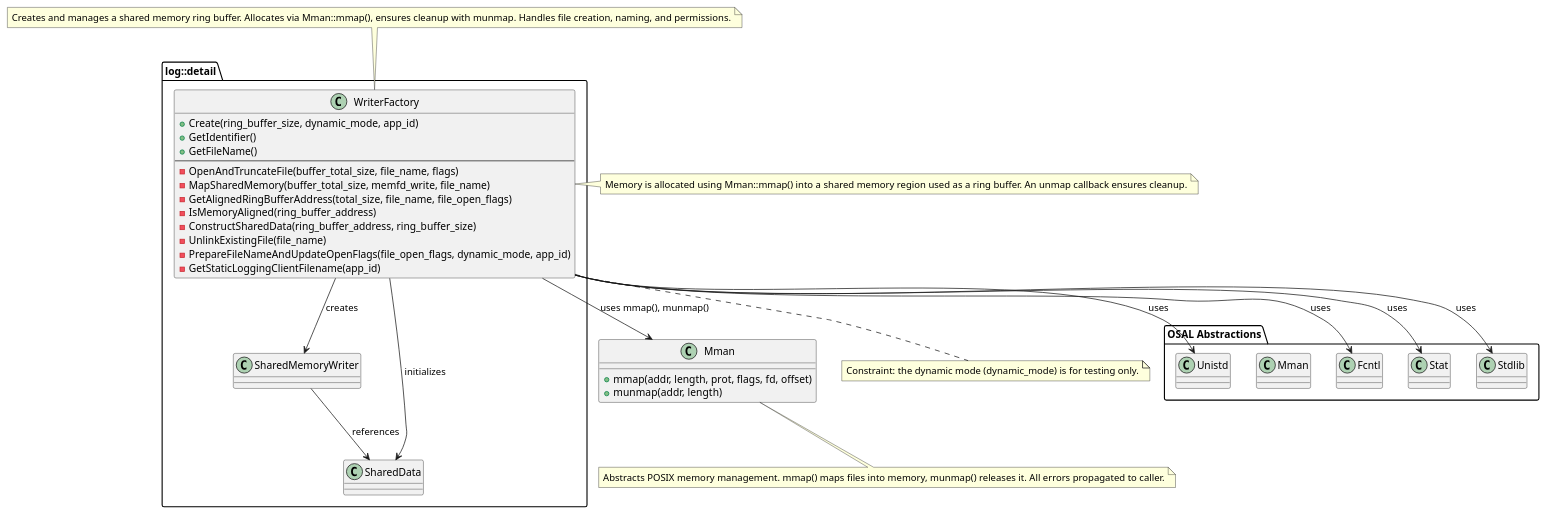
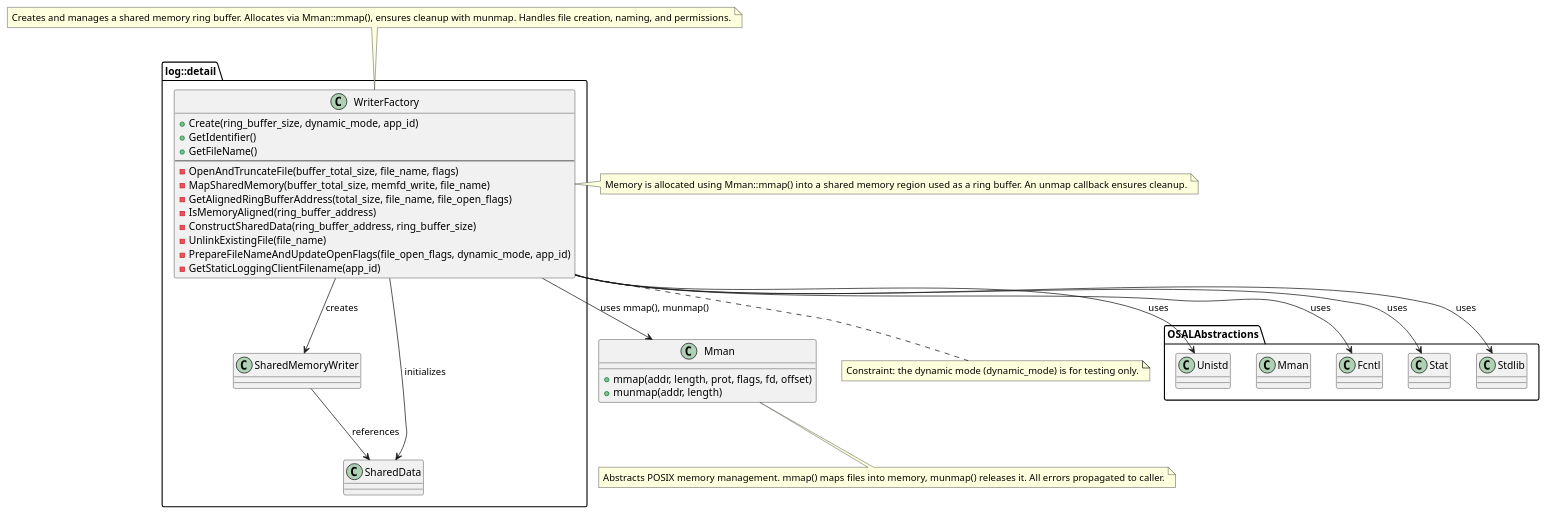
One commit to eclipse-score/logging changed the diagram in score/mw/log/design/backend/datarouter_backend/write_factory_design.puml. Above: the diagram before and after it, drawn with PlantUML.

Commit message:
docs: use plain package name in write factory diagram
Rename 'OSAL Abstractions' to OSALAbstractions.

```diff
--- a/score/mw/log/design/backend/datarouter_backend/write_factory_design.puml
+++ b/score/mw/log/design/backend/datarouter_backend/write_factory_design.puml
@@ -14,57 +14,57 @@
 @startuml write_factory_design
 ' Library dependencies
-package "OSAL Abstractions" {
+package "OSALAbstractions" {
   class Unistd
   class Fcntl
   class Stat
   class Mman
   class Stdlib
 }
 
 package "log::detail" {
   class WriterFactory {
     +Create(ring_buffer_size, dynamic_mode, app_id)
     +GetIdentifier()
     +GetFileName()
     --
     -OpenAndTruncateFile(buffer_total_size, file_name, flags)
     -MapSharedMemory(buffer_total_size, memfd_write, file_name)
     -GetAlignedRingBufferAddress(total_size, file_name, file_open_flags)
     -IsMemoryAligned(ring_buffer_address)
     -ConstructSharedData(ring_buffer_address, ring_buffer_size)
     -UnlinkExistingFile(file_name)
     -PrepareFileNameAndUpdateOpenFlags(file_open_flags, dynamic_mode, app_id)
     -GetStaticLoggingClientFilename(app_id)
   }
 
   class SharedMemoryWriter
   class SharedData
 }
 
 ' Main relationships
 WriterFactory --> SharedMemoryWriter : creates
 
 class Mman {
   +mmap(addr, length, prot, flags, fd, offset)
   +munmap(addr, length)
 }
 
 
 WriterFactory --> SharedData : initializes
 WriterFactory --> Unistd : uses
 WriterFactory --> Fcntl : uses
 WriterFactory --> Stat : uses
 WriterFactory --> Mman : uses mmap(), munmap()
 WriterFactory --> Stdlib : uses
 
 ' Notes on memory allocation and deallocation
 note right of WriterFactory : Memory is allocated using Mman::mmap() into a shared memory region used as a ring buffer. An unmap callback ensures cleanup.
 
 note top of WriterFactory : Creates and manages a shared memory ring buffer. Allocates via Mman::mmap(), ensures cleanup with munmap. Handles file creation, naming, and permissions.
 
 note bottom of Mman : Abstracts POSIX memory management. mmap() maps files into memory, munmap() releases it. All errors propagated to caller.
 
 note bottom of WriterFactory : Constraint: the dynamic mode (dynamic_mode) is for testing only.
 
 SharedMemoryWriter --> SharedData : references
 @enduml
```
